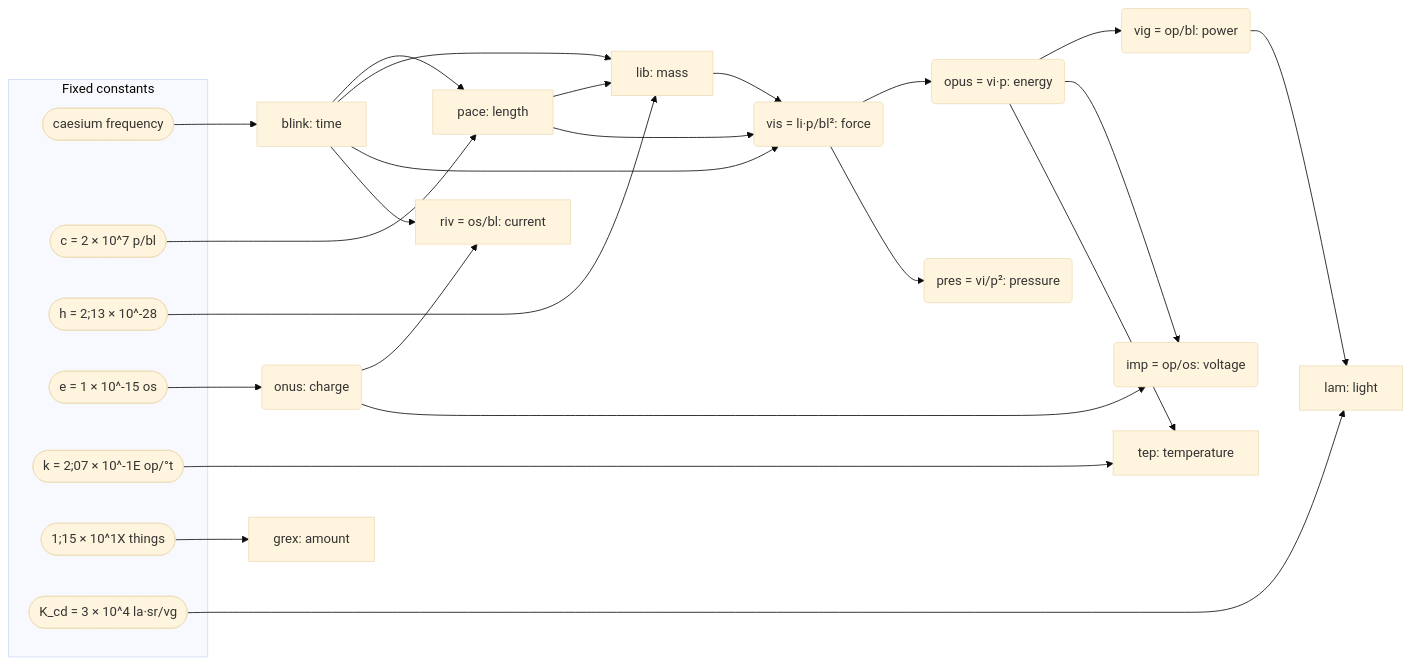
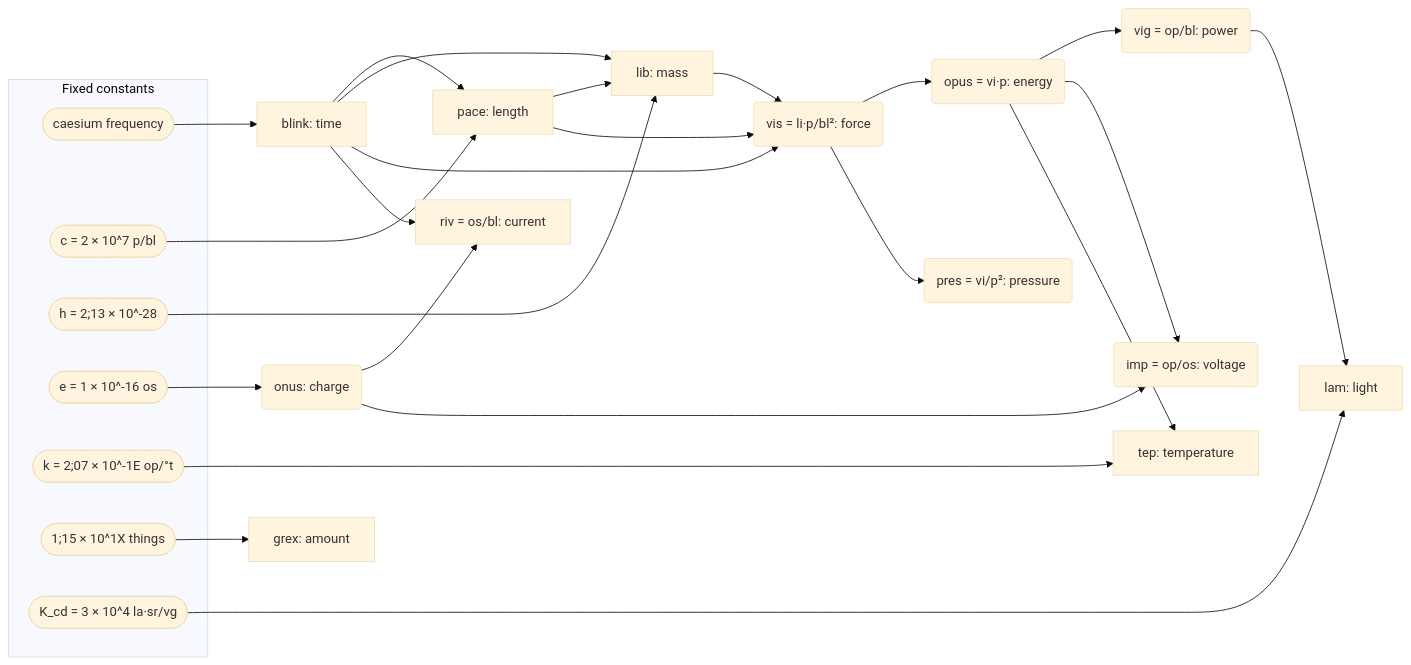
Before and after one commit to rdmarsh/paludal: the first of 4 diagrams in ideas.md, drawn with Mermaid (base theme). The commit also changed other lines of this file and 1 other file, not shown here.

````diff
--- a/ideas.md
+++ b/ideas.md
@@ -74,29 +78,29 @@
 ```mermaid
 flowchart LR
   subgraph K [Fixed constants]
     cs(["caesium frequency"])
     c(["c = 2 × 10^7 p/bl"])
     h(["h = 2;13 × 10^-28"])
-    e(["e = 1 × 10^-15 os"])
+    e(["e = 1 × 10^-16 os"])
     k(["k = 2;07 × 10^-1E op/°t"])
     n(["1;15 × 10^1X things"])
     kcd(["K_cd = 3 × 10^4 la·sr/vg"])
   end
   cs --> bl["blink: time"]
   c --> p["pace: length"]
   h --> li["lib: mass"]
   e --> os("onus: charge")
   k --> te["tep: temperature"]
   n --> gx["grex: amount"]
   kcd --> la["lam: light"]
   bl --> p
   bl & p --> li
   li & p & bl --> vi("vis = li·p/bl²: force")
   vi --> op("opus = vi·p: energy")
   op --> vg("vig = op/bl: power")
   vi --> pr("pres = vi/p²: pressure")
   os & bl --> ri["riv = os/bl: current"]
   op & os --> im("imp = op/os: voltage")
   op --> te
   vg --> la
 ```
````
